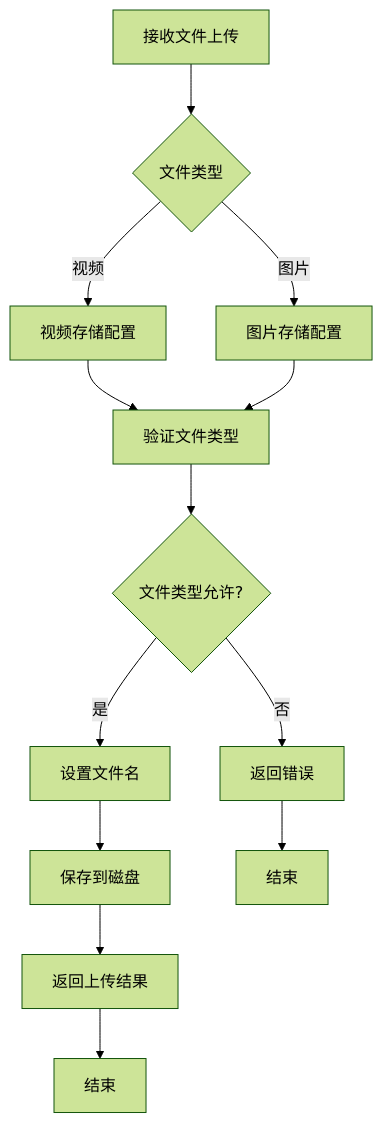
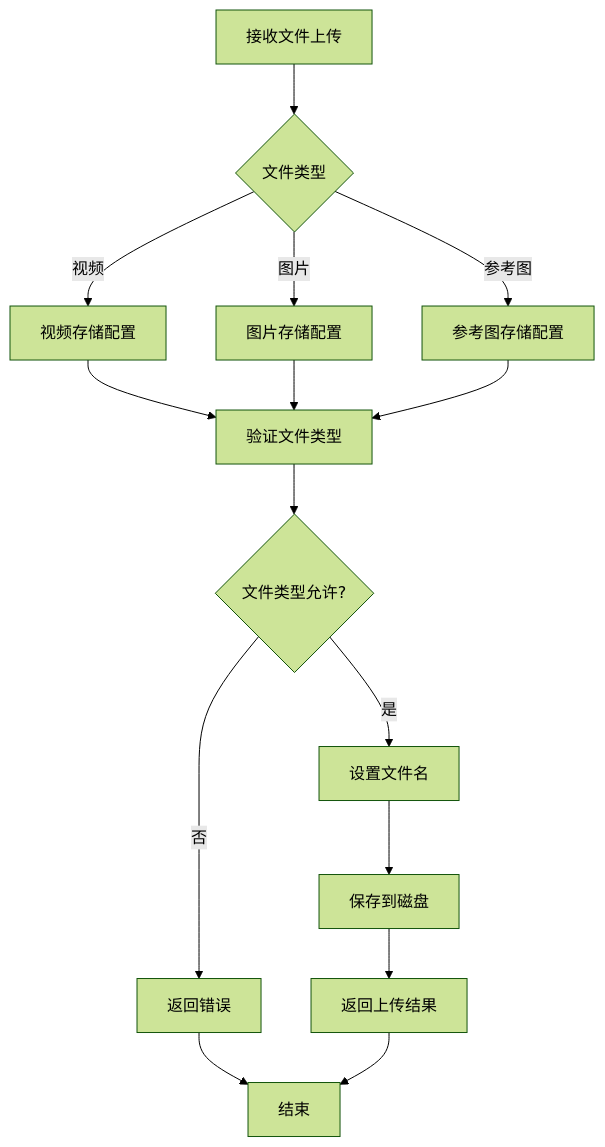
The ninth of 17 diagrams in .qoder/repowiki/zh/content/服务器路由增强.md (songdiyang/clawOperations), drawn with Mermaid (forest theme) before and after one commit. The commit also changed other lines of this file and 7 other files, not shown here.

````diff
--- a/.qoder/repowiki/zh/content/服务器路由增强.md
+++ b/.qoder/repowiki/zh/content/服务器路由增强.md
@@ -373,15 +383,17 @@
 ```mermaid
 flowchart TD
 A[接收文件上传] --> B{文件类型}
 B --> |视频| C[视频存储配置]
 B --> |图片| D[图片存储配置]
-C --> E[验证文件类型]
-D --> E
-E --> F{文件类型允许?}
-F --> |否| G[返回错误]
-F --> |是| H[设置文件名]
-H --> I[保存到磁盘]
-I --> J[返回上传结果]
-G --> K[结束]
-J --> L[结束]
+B --> |参考图| E[参考图存储配置]
+C --> F[验证文件类型]
+D --> F
+E --> F
+F --> G{文件类型允许?}
+G --> |否| H[返回错误]
+G --> |是| I[设置文件名]
+I --> J[保存到磁盘]
+J --> K[返回上传结果]
+H --> L[结束]
+K --> L
 ```
````
